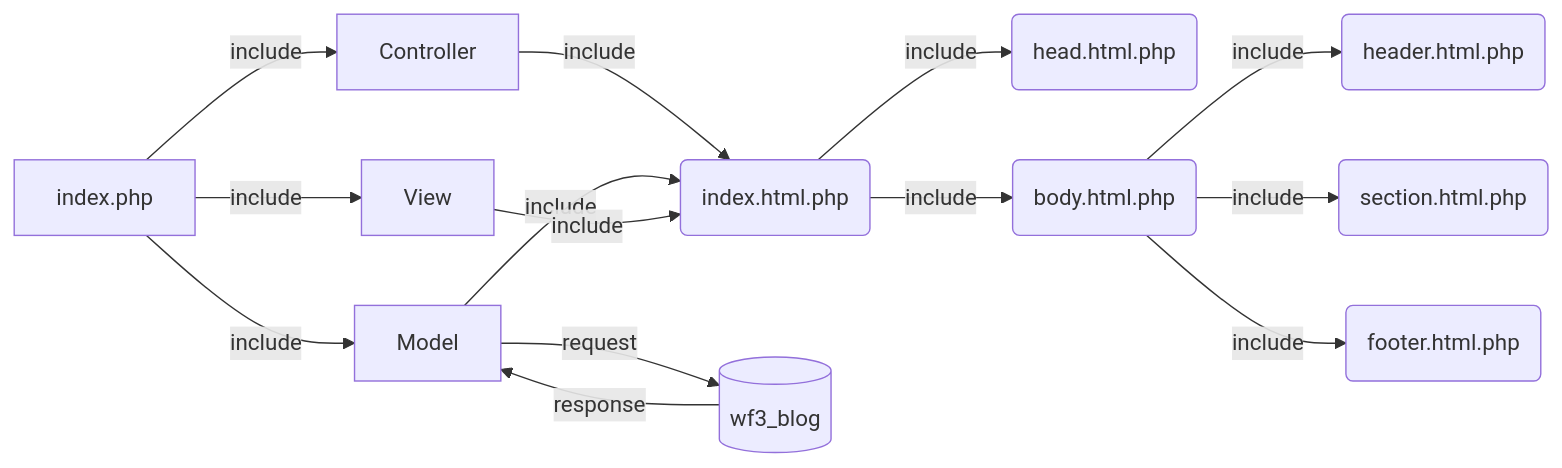
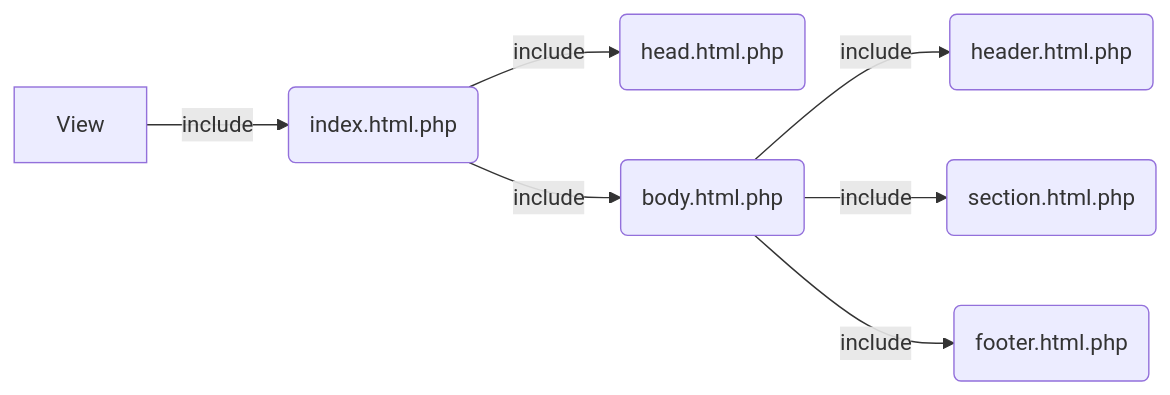
One commit to razmi0/WF3-MVC changed the second of 2 diagrams in README.md. Above: the diagram before and after it, drawn with Mermaid. The commit also changed other lines of this file, not shown here.

````diff
--- a/README.md
+++ b/README.md
@@ -13,16 +29,9 @@
 ```mermaid
 graph LR
-A[index.php] -- include --> C[Model]
-A[index.php] -- include --> D[View]
-A[index.php] -- include --> B[Controller]
-B[Controller] -- include --> E(data.php)
-C[Model] -- include --> E(get_wf3_blog.php)
-C[Model] -- request --> K[(wf3_blog)]
-K[(wf3_blog)] -- response --> C[Model]
-D[View] -- include --> E(index.html.php)
-E(index.html.php) -- include --> F(head.html.php)
-E(index.html.php) -- include --> G(body.html.php)
-G(body.html.php) -- include --> H(header.html.php)
-G(body.html.php) -- include --> I(section.html.php)
-G(body.html.php) -- include --> J(footer.html.php)
+A[View] -- include --> B(index.html.php)
+B(index.html.php) -- include --> C(head.html.php)
+B(index.html.php) -- include --> D(body.html.php)
+D(body.html.php) -- include --> E(header.html.php)
+D(body.html.php) -- include --> F(section.html.php)
+D(body.html.php) -- include --> G(footer.html.php)
 ```
````
